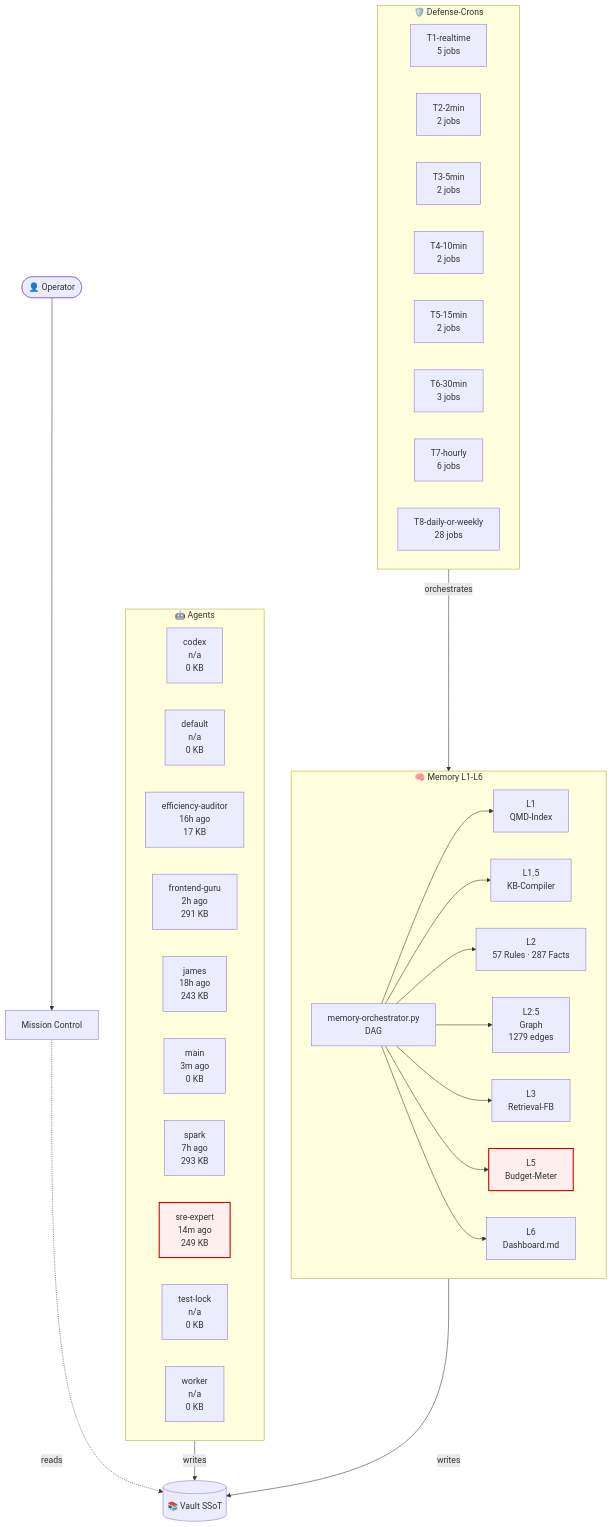
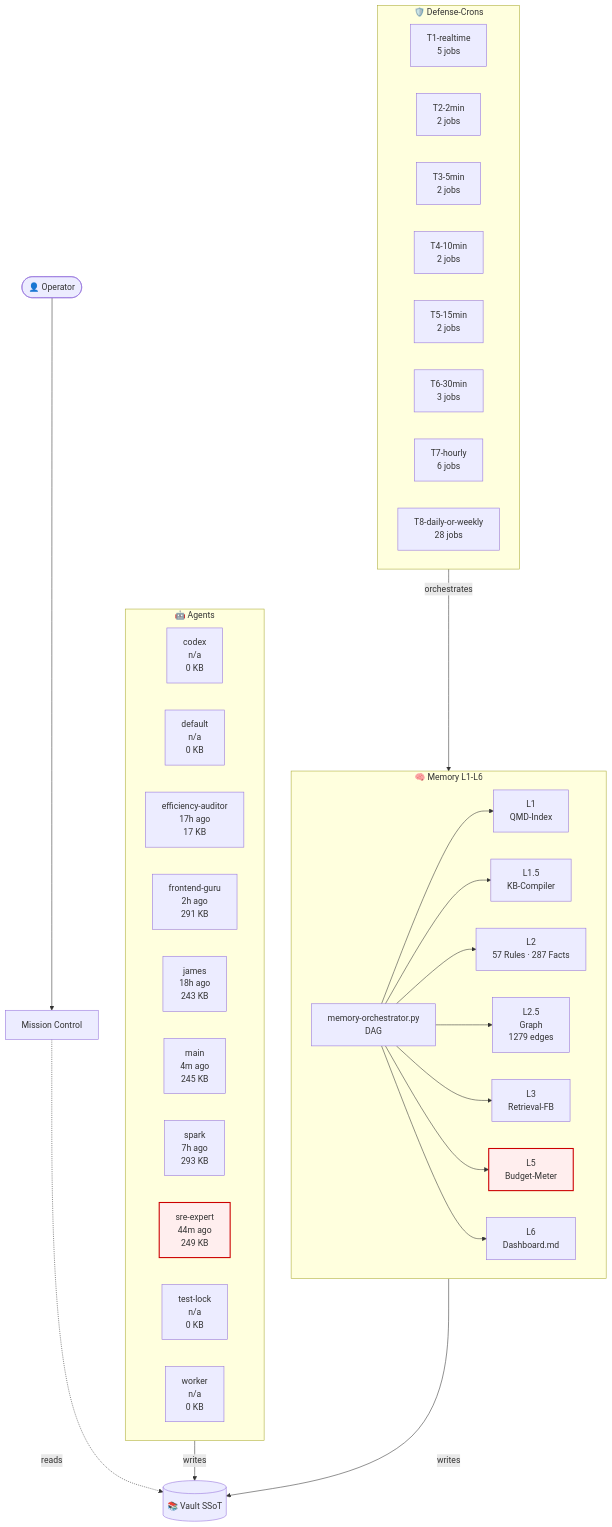
The diagram in 03-Agents/architecture-live.md (lenardhuebner88-rgb/openclaw-memory), drawn with Mermaid before and after one commit. The commit also changed other lines of this file and 16 other files, not shown here.

````diff
--- a/03-Agents/architecture-live.md
+++ b/03-Agents/architecture-live.md
@@ -18,53 +18,53 @@
 ```mermaid
 flowchart TB
     classDef critical fill:#fee,stroke:#c00,stroke-width:2px;
     subgraph AGT["🤖 Agents"]
         agent_codex["codex<br/>n/a<br/>0 KB"]
         agent_default["default<br/>n/a<br/>0 KB"]
-        agent_efficiency_auditor["efficiency-auditor<br/>16h ago<br/>17 KB"]
+        agent_efficiency_auditor["efficiency-auditor<br/>17h ago<br/>17 KB"]
         agent_frontend_guru["frontend-guru<br/>2h ago<br/>291 KB"]
         agent_james["james<br/>18h ago<br/>243 KB"]
-        agent_main["main<br/>3m ago<br/>0 KB"]
+        agent_main["main<br/>4m ago<br/>245 KB"]
         agent_spark["spark<br/>7h ago<br/>293 KB"]
-        agent_sre_expert["sre-expert<br/>14m ago<br/>249 KB"]
+        agent_sre_expert["sre-expert<br/>44m ago<br/>249 KB"]
         agent_test_lock["test-lock<br/>n/a<br/>0 KB"]
         agent_worker["worker<br/>n/a<br/>0 KB"]
     end
     subgraph MEM["🧠 Memory L1-L6"]
         L1["L1<br/>QMD-Index"]
         L15["L1.5<br/>KB-Compiler"]
         L2["L2<br/>57 Rules · 287 Facts"]
         L25["L2.5<br/>Graph<br/>1279 edges"]
         L3["L3<br/>Retrieval-FB"]
         L5["L5<br/>Budget-Meter"]
         L6["L6<br/>Dashboard.md"]
         ORCH["memory-orchestrator.py<br/>DAG"]
     end
     subgraph CRN["🛡️ Defense-Crons"]
         tier_T1_realtime["T1-realtime<br/>5 jobs"]
         tier_T2_2min["T2-2min<br/>2 jobs"]
         tier_T3_5min["T3-5min<br/>2 jobs"]
         tier_T4_10min["T4-10min<br/>2 jobs"]
         tier_T5_15min["T5-15min<br/>2 jobs"]
         tier_T6_30min["T6-30min<br/>3 jobs"]
         tier_T7_hourly["T7-hourly<br/>6 jobs"]
         tier_T8_daily_or_weekly["T8-daily-or-weekly<br/>28 jobs"]
     end
     VAULT[("📚 Vault SSoT")]
     OP([👤 Operator])
     MC["Mission Control"]
     OP --> MC
     MC -.reads.-> VAULT
     AGT -->|writes| VAULT
     MEM -->|writes| VAULT
     ORCH --> L1
     ORCH --> L15
     ORCH --> L2
     ORCH --> L25
     ORCH --> L3
     ORCH --> L5
     ORCH --> L6
     CRN -->|orchestrates| MEM
     class L5 critical
     class agent_sre_expert critical
 ```
````
